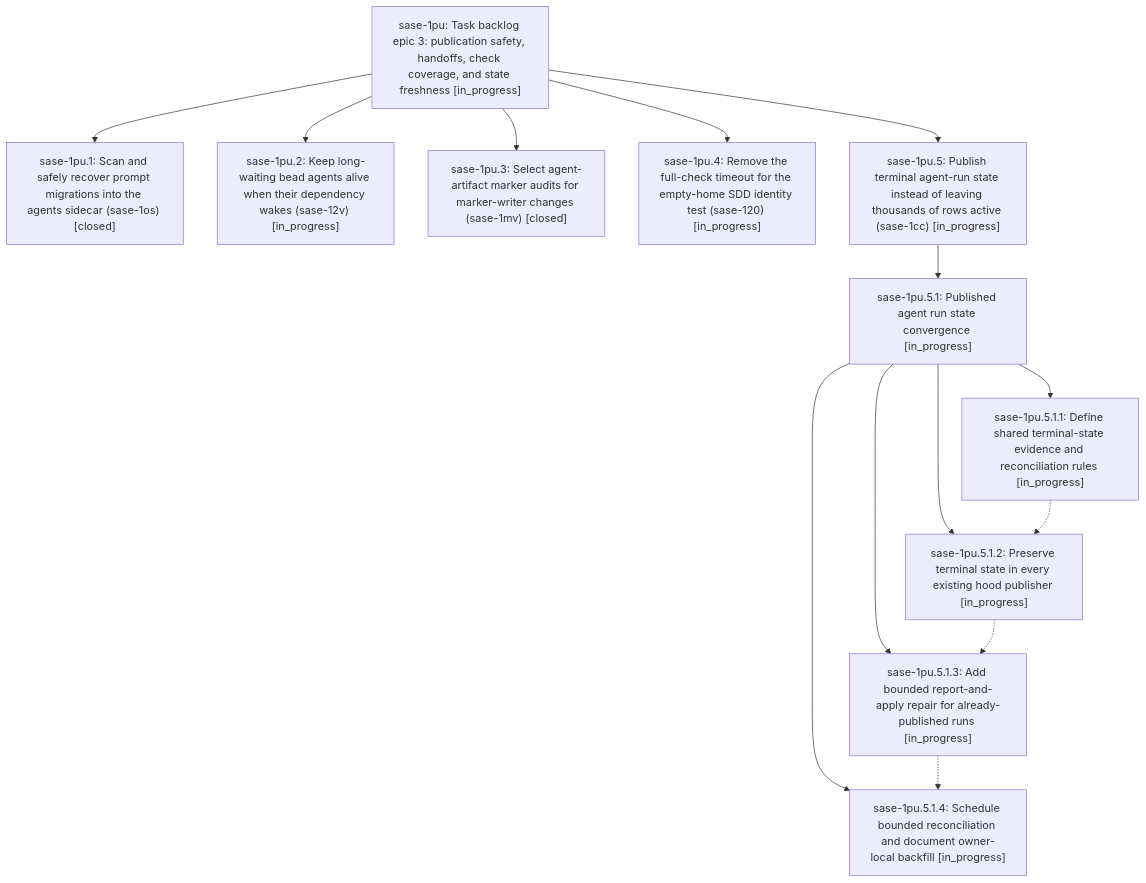
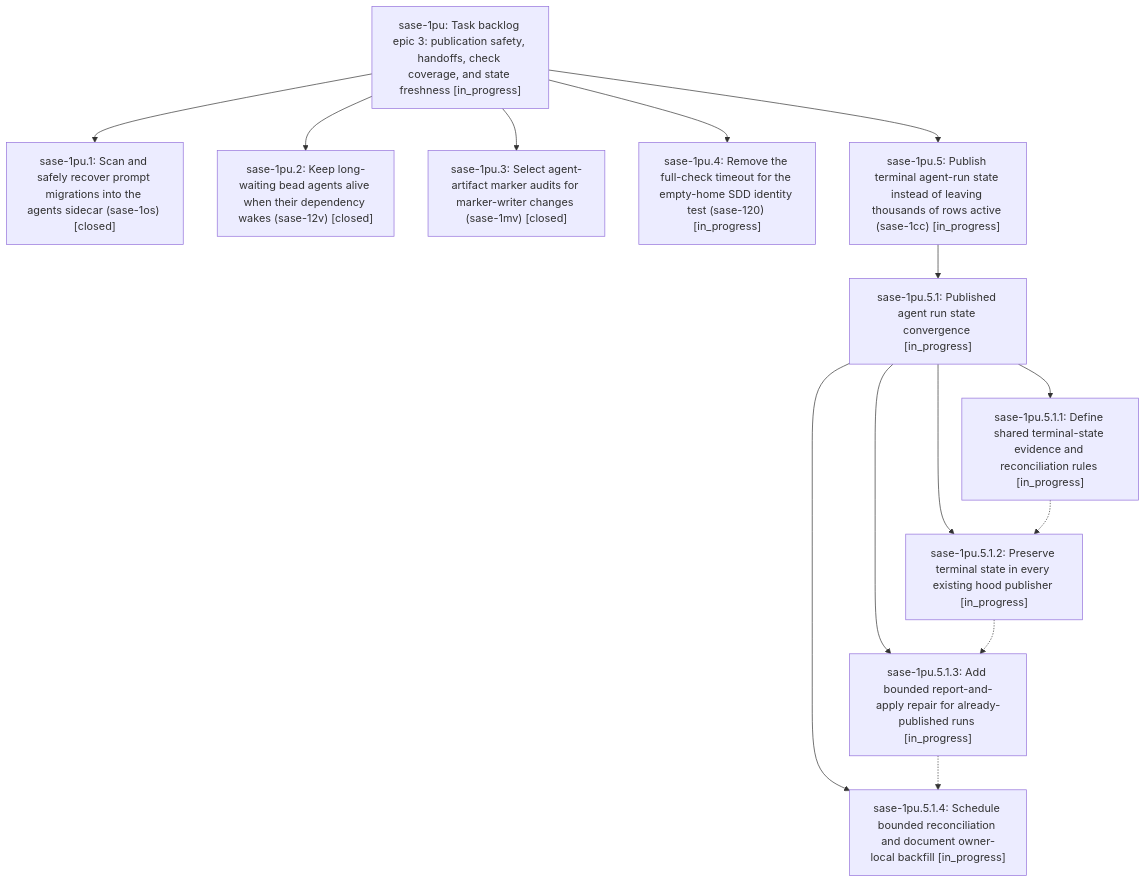
One commit to sase-org/sase--beads changed the diagram in pages/sase-1pu/README.md. Above: the diagram before and after it, drawn with Mermaid. The commit also changed other lines of this file and 4 other files, not shown here.

First line of the commit message:
chore(beads): sync bead state and pages for sase-1pu

````diff
--- a/pages/sase-1pu/README.md
+++ b/pages/sase-1pu/README.md
@@ -44,27 +44,27 @@
 ```mermaid
 flowchart TD
     n0["sase-1pu: Task backlog epic 3: publication safety, handoffs, check coverage, and state freshness [in_progress]"]
     n1["sase-1pu.1: Scan and safely recover prompt migrations into the agents sidecar (sase-1os) [closed]"]
-    n2["sase-1pu.2: Keep long-waiting bead agents alive when their dependency wakes (sase-12v) [in_progress]"]
+    n2["sase-1pu.2: Keep long-waiting bead agents alive when their dependency wakes (sase-12v) [closed]"]
     n3["sase-1pu.3: Select agent-artifact marker audits for marker-writer changes (sase-1mv) [closed]"]
     n4["sase-1pu.4: Remove the full-check timeout for the empty-home SDD identity test (sase-120) [in_progress]"]
     n5["sase-1pu.5: Publish terminal agent-run state instead of leaving thousands of rows active (sase-1cc) [in_progress]"]
     n6["sase-1pu.5.1: Published agent run state convergence [in_progress]"]
     n7["sase-1pu.5.1.1: Define shared terminal-state evidence and reconciliation rules [in_progress]"]
     n8["sase-1pu.5.1.2: Preserve terminal state in every existing hood publisher [in_progress]"]
     n9["sase-1pu.5.1.3: Add bounded report-and-apply repair for already-published runs [in_progress]"]
     n10["sase-1pu.5.1.4: Schedule bounded reconciliation and document owner-local backfill [in_progress]"]
     n0 --> n1
     n0 --> n2
     n0 --> n3
     n0 --> n4
     n0 --> n5
     n5 --> n6
     n6 --> n7
     n6 --> n8
     n6 --> n9
     n6 --> n10
     n7 -.-> n8
     n8 -.-> n9
     n9 -.-> n10
 ```
````
